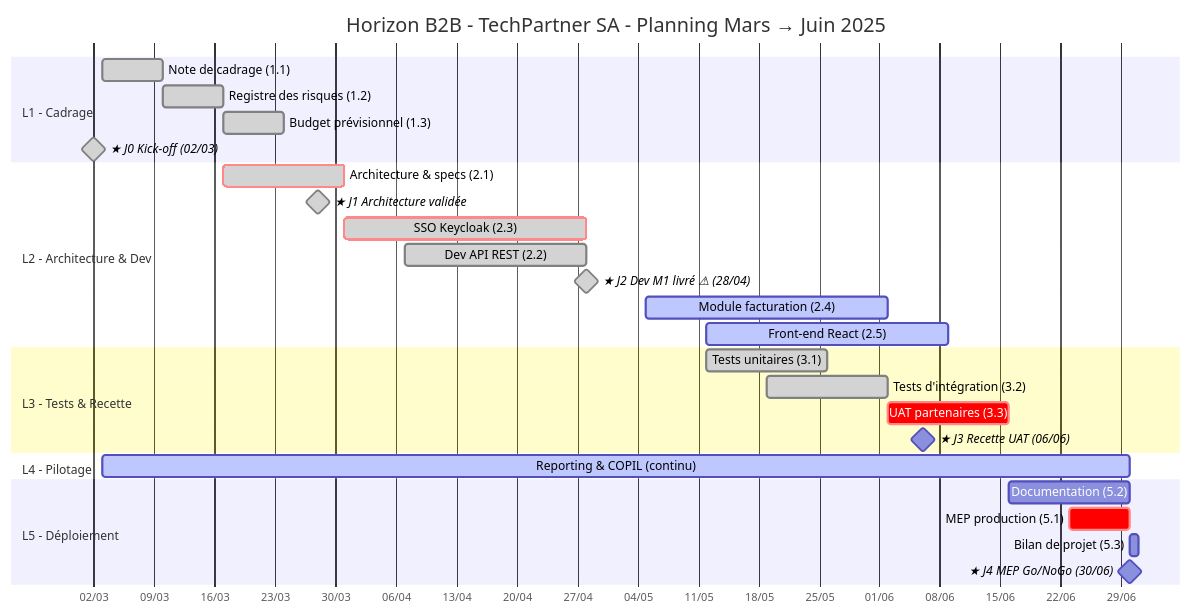
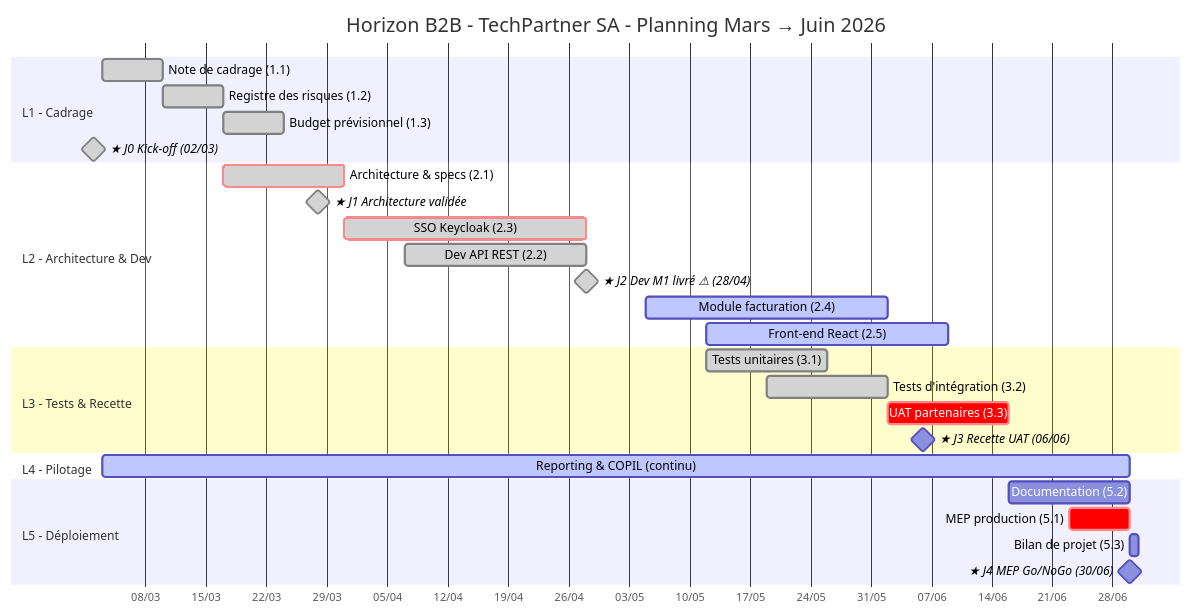
The fourth of 12 diagrams in docs md/Dossier_Projet_B2B_FINAL.md (POWLAIR/management-projet-numerique), drawn with Mermaid before and after one commit. The commit also changed other lines of this file, not shown here.

Commit message:
docs: update project timeline, budget, and milestones to reflect revised 2026 delivery dates

````diff
--- a/docs md/Dossier_Projet_B2B_FINAL.md
+++ b/docs md/Dossier_Projet_B2B_FINAL.md
@@ -298,36 +298,36 @@
 ```mermaid
 gantt
-    title Horizon B2B - TechPartner SA - Planning Mars → Juin 2025
+    title Horizon B2B - TechPartner SA - Planning Mars → Juin 2026
     dateFormat  YYYY-MM-DD
     axisFormat  %d/%m
 
     section L1 - Cadrage
-    Note de cadrage (1.1)         :done,    l1a, 2025-03-03, 7d
-    Registre des risques (1.2)    :done,    l1b, 2025-03-10, 7d
-    Budget prévisionnel (1.3)     :done,    l1c, 2025-03-17, 7d
-    ★ J0 Kick-off (02/03)         :milestone, done, j0, 2025-03-02, 0d
+    Note de cadrage (1.1)         :done,    l1a, 2026-03-03, 7d
+    Registre des risques (1.2)    :done,    l1b, 2026-03-10, 7d
+    Budget prévisionnel (1.3)     :done,    l1c, 2026-03-17, 7d
+    ★ J0 Kick-off (02/03)         :milestone, done, j0, 2026-03-02, 0d
 
     section L2 - Architecture & Dev
-    Architecture & specs (2.1)    :done, crit, l2a, 2025-03-17, 14d
-    ★ J1 Architecture validée     :milestone, done, j1, 2025-03-28, 0d
-    SSO Keycloak (2.3)            :done, crit, l2c, 2025-03-31, 28d
-    Dev API REST (2.2)            :done,    l2b, 2025-04-07, 21d
-    ★ J2 Dev M1 livré ⚠ (28/04)  :milestone, done, j2, 2025-04-28, 0d
-    Module facturation (2.4)      :active,  l2d, 2025-05-05, 28d
-    Front-end React (2.5)         :active,  l2e, 2025-05-12, 28d
+    Architecture & specs (2.1)    :done, crit, l2a, 2026-03-17, 14d
+    ★ J1 Architecture validée     :milestone, done, j1, 2026-03-28, 0d
+    SSO Keycloak (2.3)            :done, crit, l2c, 2026-03-31, 28d
+    Dev API REST (2.2)            :done,    l2b, 2026-04-07, 21d
+    ★ J2 Dev M1 livré ⚠ (28/04)  :milestone, done, j2, 2026-04-28, 0d
+    Module facturation (2.4)      :active,  l2d, 2026-05-05, 28d
+    Front-end React (2.5)         :active,  l2e, 2026-05-12, 28d
 
     section L3 - Tests & Recette
-    Tests unitaires (3.1)         :done,    l3a, 2025-05-12, 14d
-    Tests d'intégration (3.2)     :done,    l3b, 2025-05-19, 14d
-    UAT partenaires (3.3)         :crit,    l3c, 2025-06-02, 14d
-    ★ J3 Recette UAT (06/06)      :milestone, j3, 2025-06-06, 0d
+    Tests unitaires (3.1)         :done,    l3a, 2026-05-12, 14d
+    Tests d'intégration (3.2)     :done,    l3b, 2026-05-19, 14d
+    UAT partenaires (3.3)         :crit,    l3c, 2026-06-02, 14d
+    ★ J3 Recette UAT (06/06)      :milestone, j3, 2026-06-06, 0d
 
     section L4 - Pilotage
-    Reporting & COPIL (continu)   :active,  l4a, 2025-03-03, 119d
+    Reporting & COPIL (continu)   :active,  l4a, 2026-03-03, 119d
 
     section L5 - Déploiement
-    Documentation (5.2)           :         l5b, 2025-06-16, 14d
-    MEP production (5.1)          :crit,    l5a, 2025-06-23, 7d
-    Bilan de projet (5.3)         :         l5c, 2025-06-30, 1d
-    ★ J4 MEP Go/NoGo (30/06)      :milestone, j4, 2025-06-30, 0d
+    Documentation (5.2)           :         l5b, 2026-06-16, 14d
+    MEP production (5.1)          :crit,    l5a, 2026-06-23, 7d
+    Bilan de projet (5.3)         :         l5c, 2026-06-30, 1d
+    ★ J4 MEP Go/NoGo (30/06)      :milestone, j4, 2026-06-30, 0d
 ```
````
